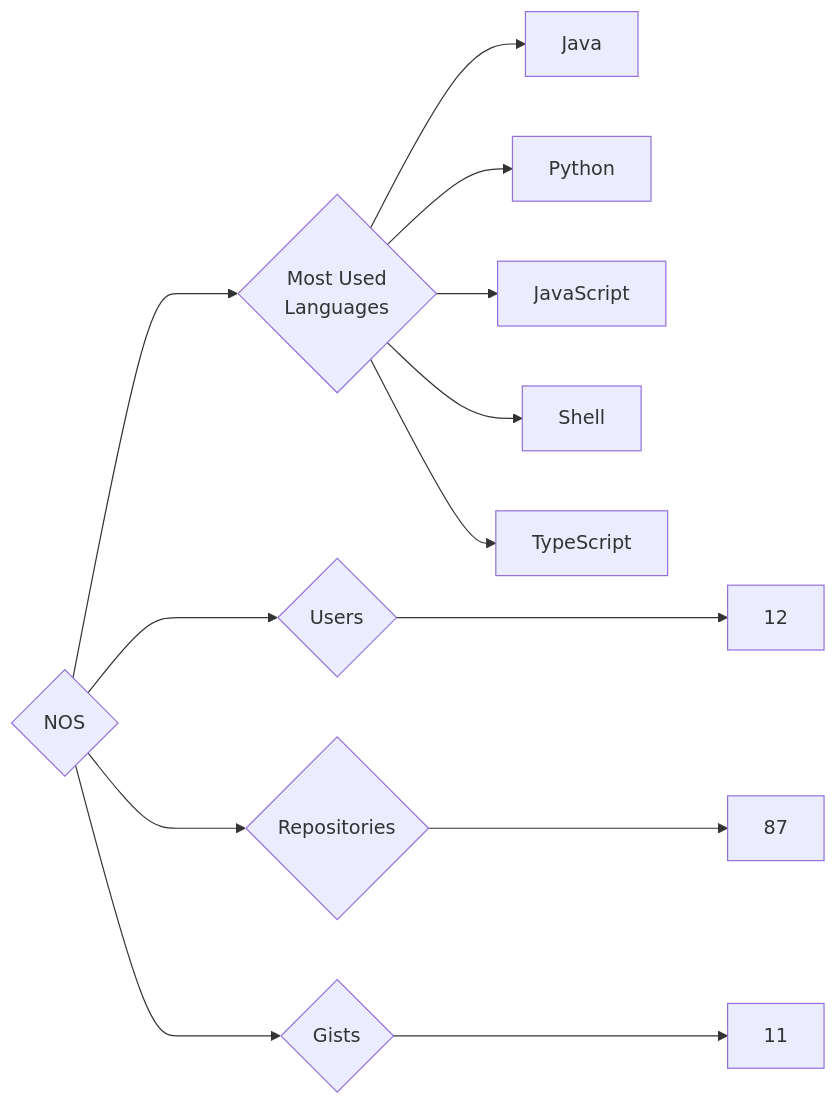
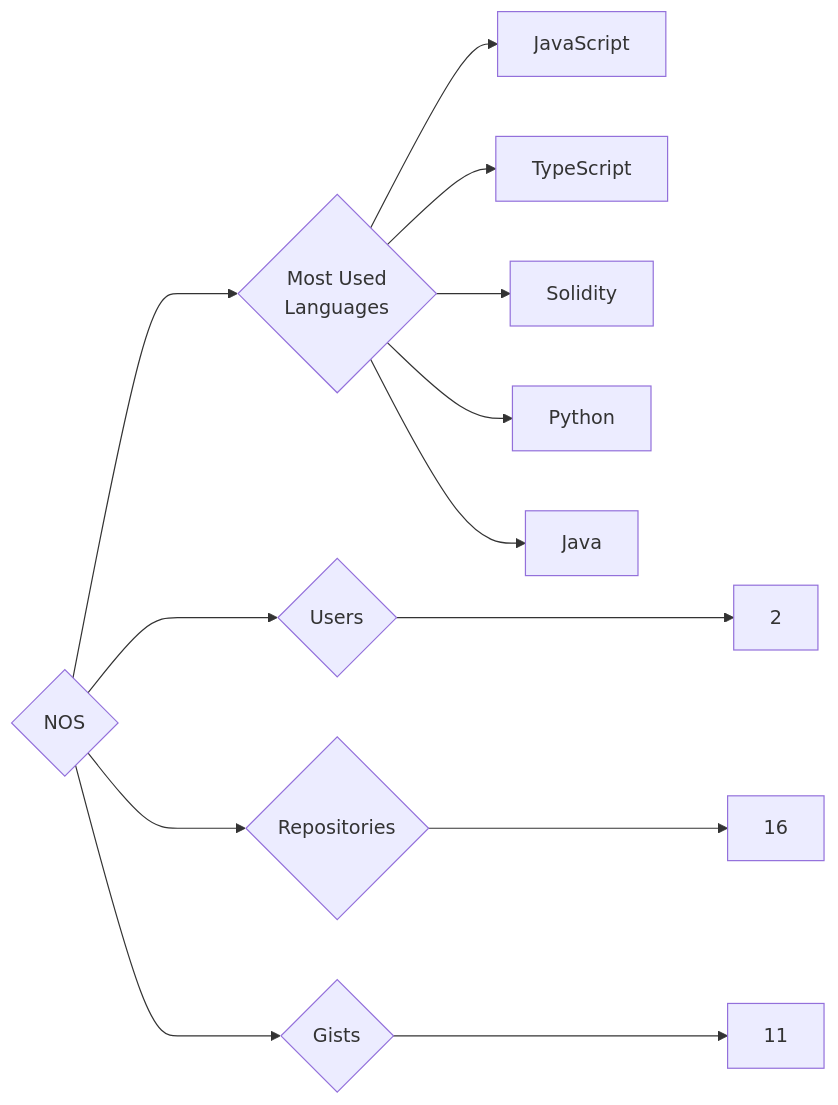
Before and after one commit to trickest/insiders: the diagram in targets/NOS/README.md, drawn with Mermaid. The commit also changed 773 other files, not shown here.

````diff
--- a/targets/NOS/README.md
+++ b/targets/NOS/README.md
@@ -3,13 +3,13 @@
 ```mermaid
 graph LR
 COMPANY_NAME{NOS}
-COMPANY_NAME ---> U{Users} ---> UN[12]
-COMPANY_NAME ---> R{Repositories} ---> RN[87]
+COMPANY_NAME ---> U{Users} ---> UN[2]
+COMPANY_NAME ---> R{Repositories} ---> RN[16]
 COMPANY_NAME ---> G{Gists} ---> GN[11]
 COMPANY_NAME ---> ML{Most Used<br>Languages}
+ML --> JavaScript[JavaScript]
+ML --> TypeScript[TypeScript]
+ML --> Solidity[Solidity]
+ML --> Python[Python]
 ML --> Java[Java]
-ML --> Python[Python]
-ML --> JavaScript[JavaScript]
-ML --> Shell[Shell]
-ML --> TypeScript[TypeScript]
 ```
````
